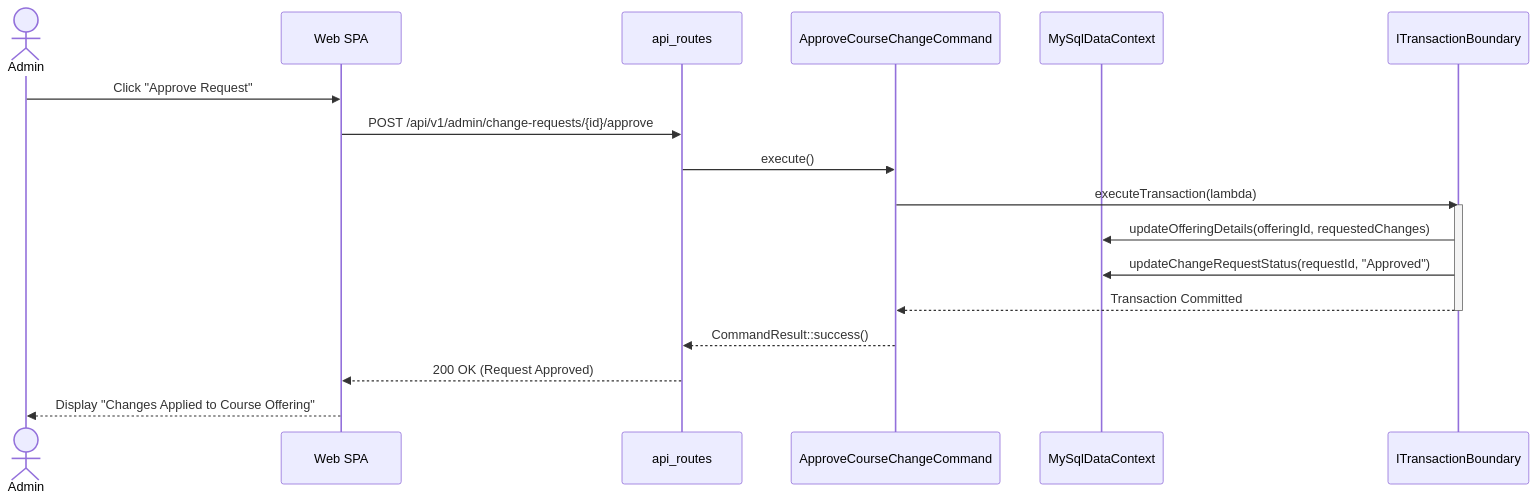
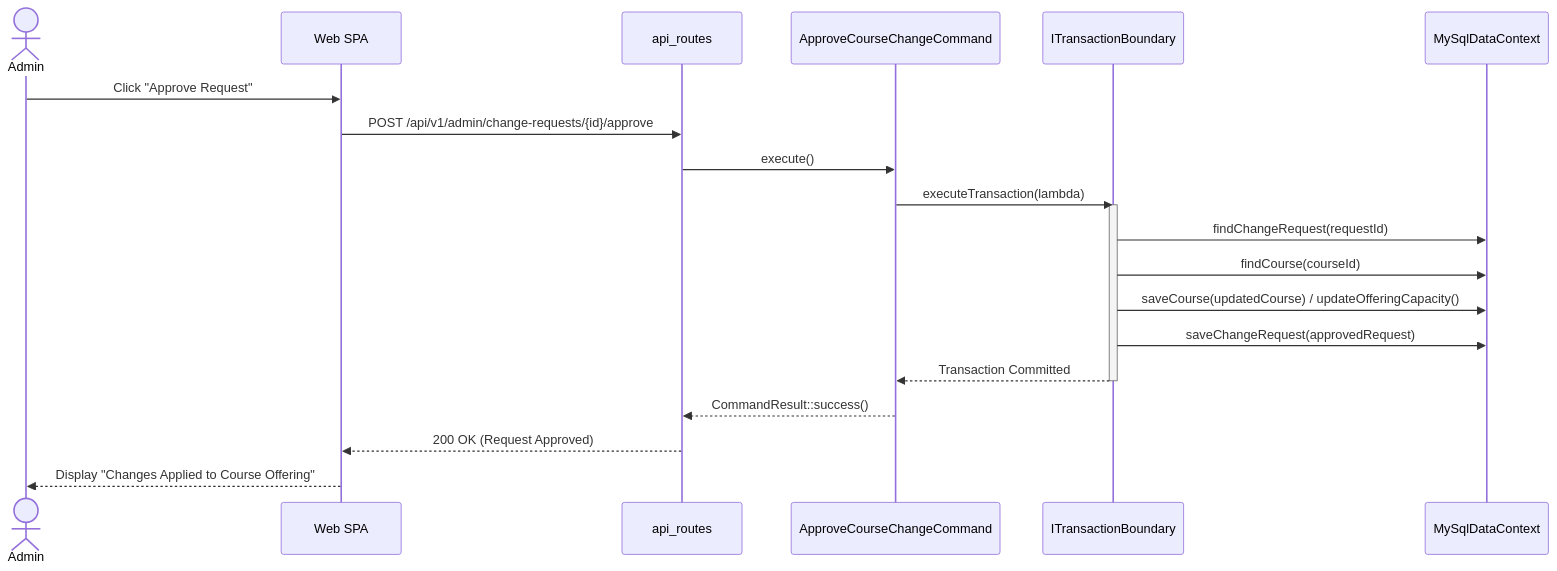
The tenth of 13 diagrams in docs/uml_sequence_diagram.md (DesanSilva/university-course-enrolment-system), drawn with Mermaid before and after one commit. The commit also changed other lines of this file and 3 other files, not shown here.

Commit message:
updated UML diagrams

````diff
--- a/docs/uml_sequence_diagram.md
+++ b/docs/uml_sequence_diagram.md
@@ -250,22 +297,24 @@
 ```mermaid
 sequenceDiagram
     actor Admin
     participant SPA as Web SPA
     participant Router as api_routes
     participant Command as ApproveCourseChangeCommand
+    participant Tx as ITransactionBoundary
     participant Store as MySqlDataContext
-    participant Tx as ITransactionBoundary
 
     Admin->>SPA: Click "Approve Request"
     SPA->>Router: POST /api/v1/admin/change-requests/{id}/approve
     Router->>Command: execute()
     Command->>Tx: executeTransaction(lambda)
     activate Tx
-    Tx->>Store: updateOfferingDetails(offeringId, requestedChanges)
-    Tx->>Store: updateChangeRequestStatus(requestId, "Approved")
+    Tx->>Store: findChangeRequest(requestId)
+    Tx->>Store: findCourse(courseId)
+    Tx->>Store: saveCourse(updatedCourse) / updateOfferingCapacity()
+    Tx->>Store: saveChangeRequest(approvedRequest)
     Tx-->>Command: Transaction Committed
     deactivate Tx
     Command-->>Router: CommandResult::success()
     Router-->>SPA: 200 OK (Request Approved)
     SPA-->>Admin: Display "Changes Applied to Course Offering"
 ```
````
